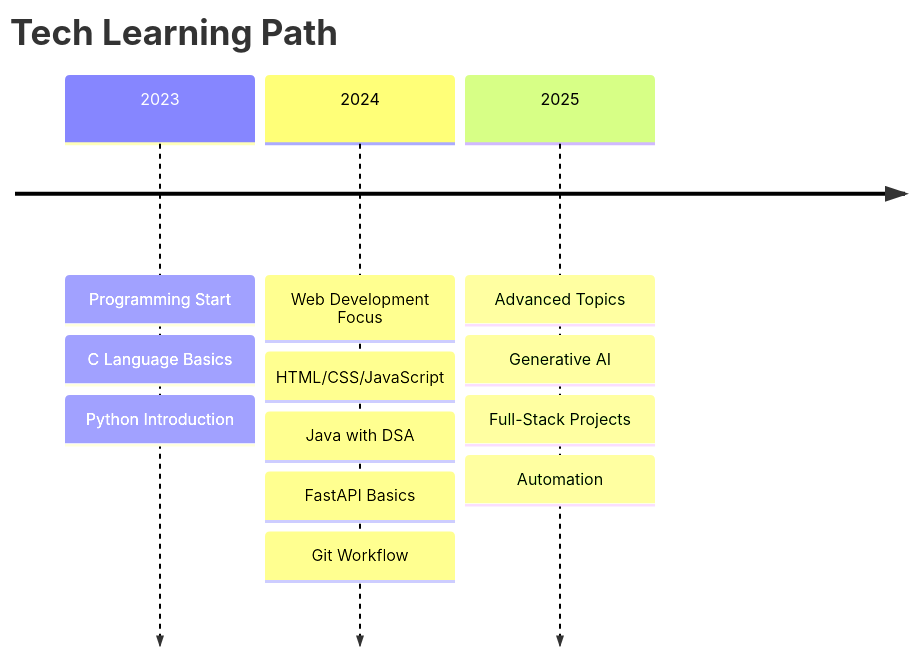
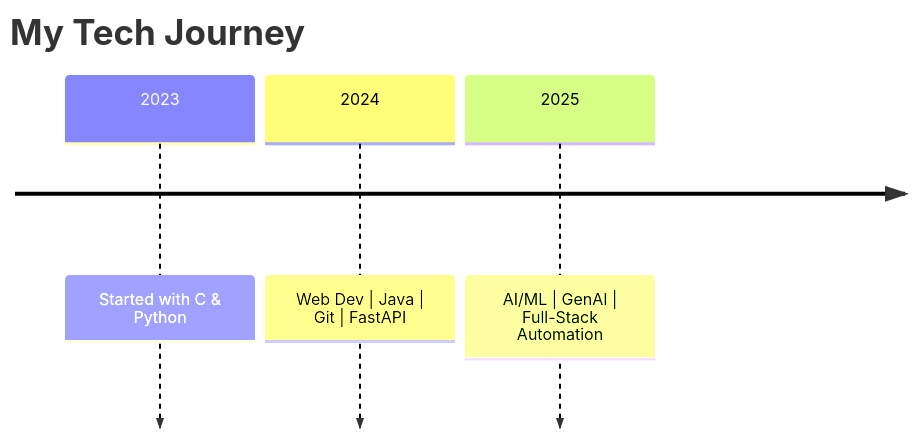
The second of 5 diagrams in README.md (aditya25shah/aditya25shah), drawn with Mermaid before and after one commit. The commit also changed other lines of this file, not shown here.

````diff
--- a/README.md
+++ b/README.md
@@ -88,19 +82,7 @@
 ```mermaid
 timeline
-    title Tech Learning Path
-    
-    2023 : Programming Start
-         : C Language Basics
-         : Python Introduction
-    
-    2024 : Web Development Focus
-         : HTML/CSS/JavaScript
-         : Java with DSA
-         : FastAPI Basics
-         : Git Workflow
-    
-    2025 : Advanced Topics
-         : Generative AI
-         : Full-Stack Projects
-         : Automation
+    title My Tech Journey
+    2023 : Started with C & Python
+    2024 : Web Dev | Java | Git | FastAPI
+    2025 : AI/ML | GenAI | Full-Stack Automation
 ```
````
